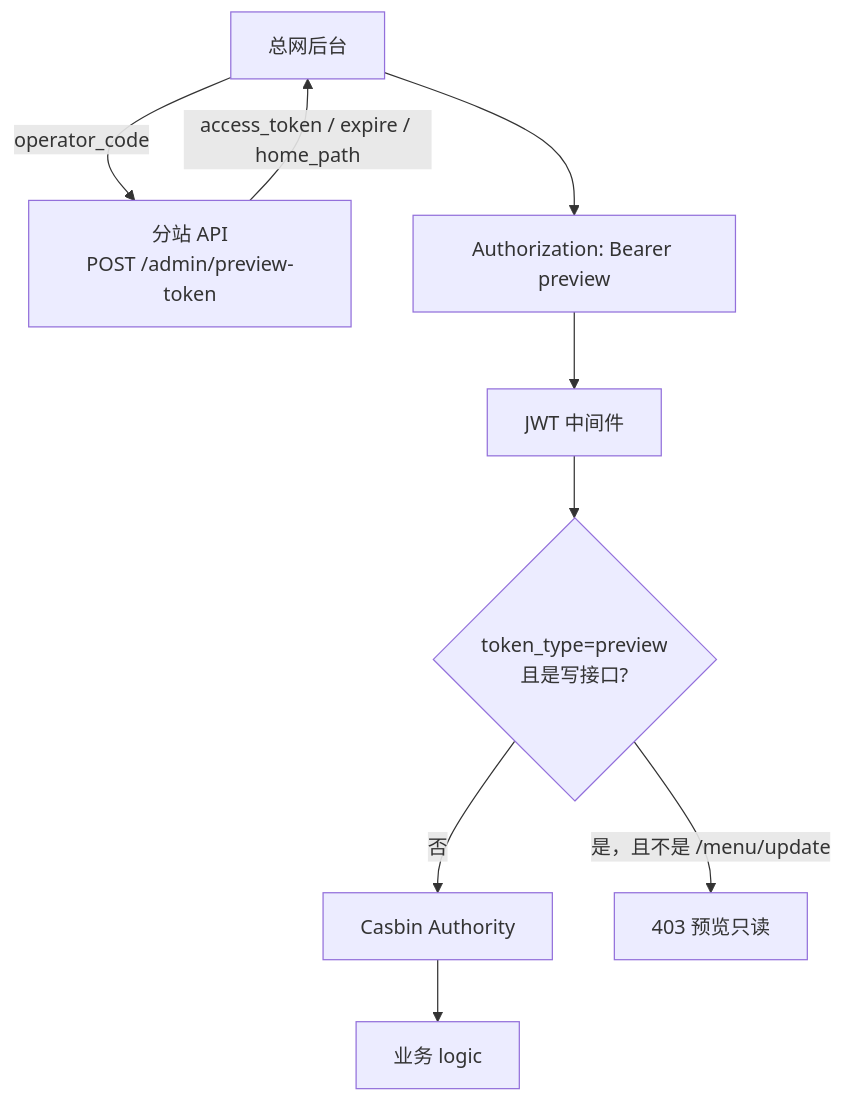
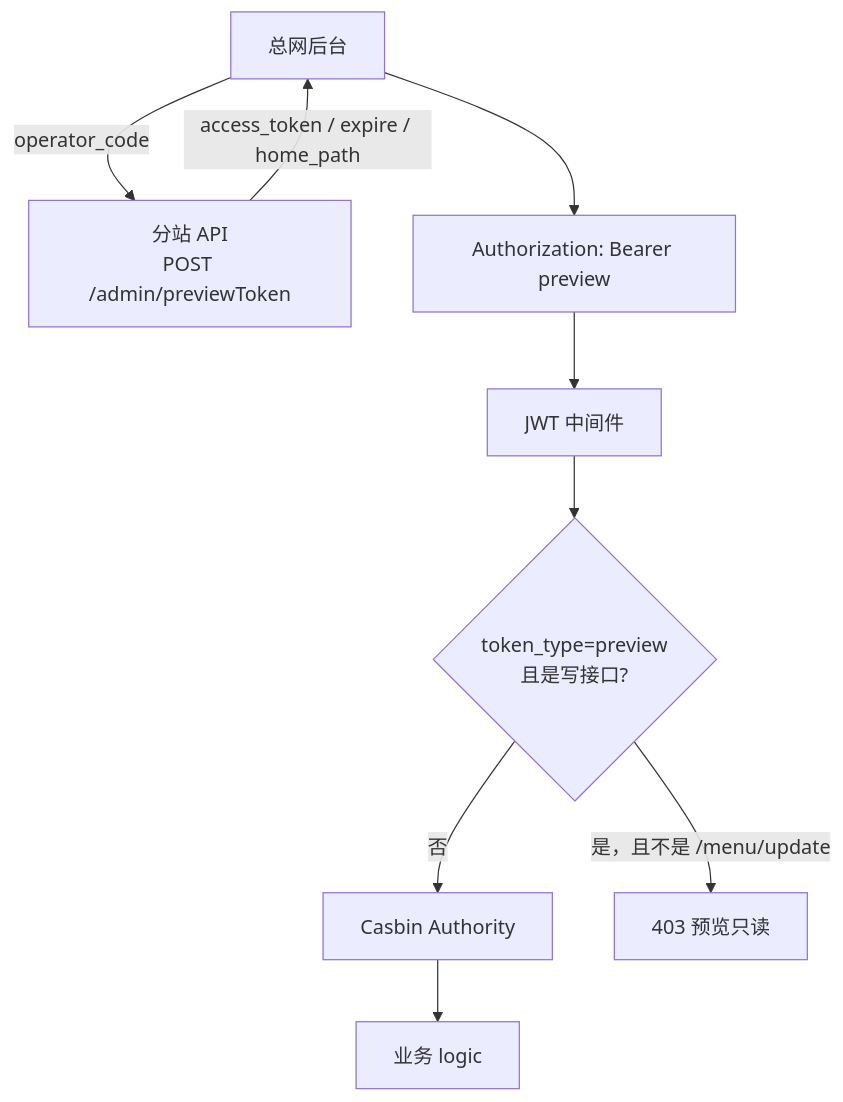
Before and after one commit to ns9ryan/p9_demo: the first of 5 diagrams in core-demo/docs/preview-token.md, drawn with Mermaid. The commit also changed other lines of this file and 17 other files, not shown here.

````diff
--- a/core-demo/docs/preview-token.md
+++ b/core-demo/docs/preview-token.md
@@ -26,17 +26,17 @@
 ```mermaid
 flowchart TB
   Plat["总网后台"]
-  Issue["分站 API<br/>POST /admin/preview-token"]
+  Issue["分站 API<br/>POST /admin/previewToken"]
   JWT["Authorization: Bearer preview"]
   MW["JWT 中间件"]
   RO{"token_type=preview<br/>且是写接口?"}
   Auth["Casbin Authority"]
   Biz["业务 logic"]
 
   Plat -->|"operator_code"| Issue
   Issue -->|"access_token / expire / home_path"| Plat
   Plat --> JWT --> MW
   MW --> RO
   RO -->|是，且不是 /menu/update| Deny["403 预览只读"]
   RO -->|否| Auth --> Biz
 ```
````
